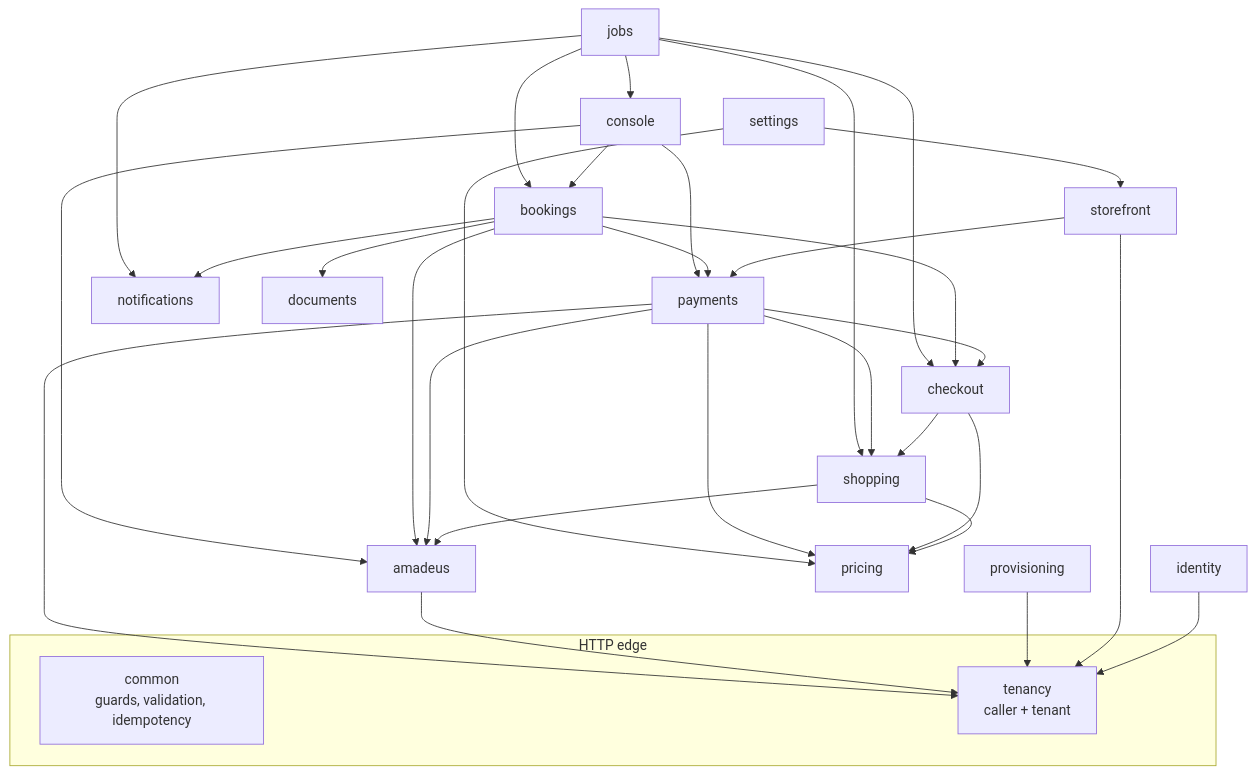
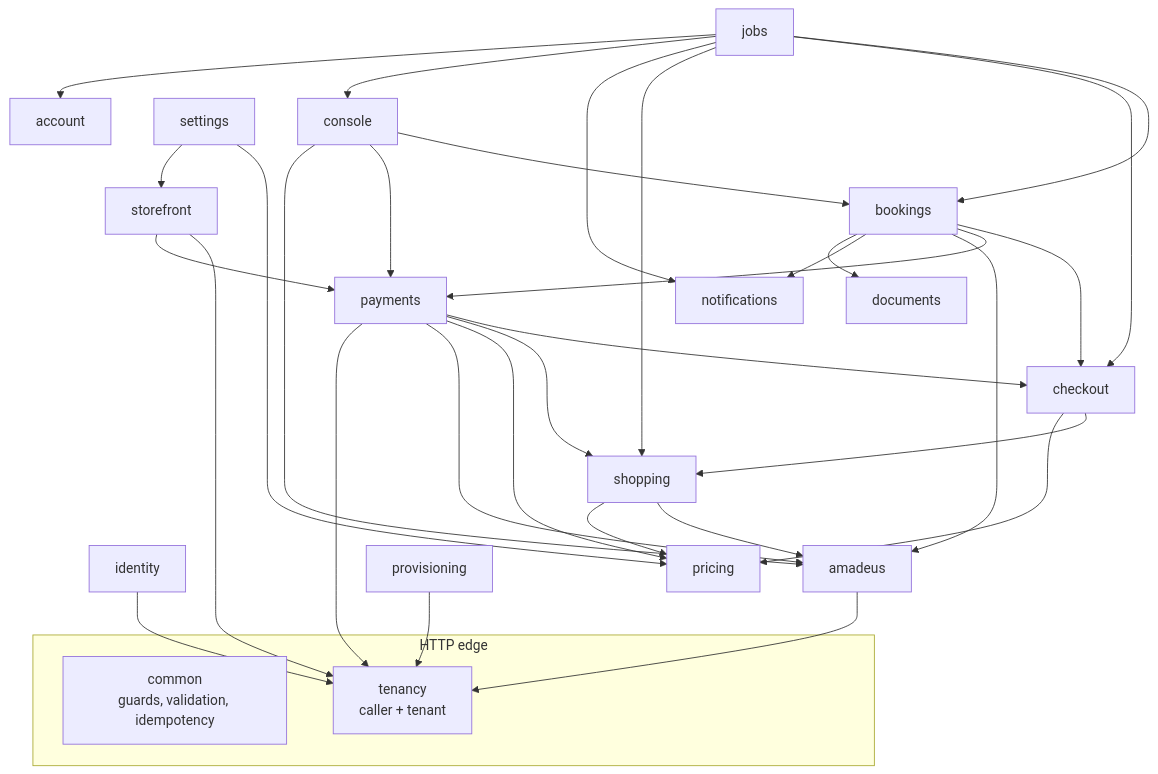
The diagram in ota/docs/architecture.md (bhagwati-prasad/velexis-ota), drawn with Mermaid before and after one commit. The commit also changed other lines of this file and 14 other files, not shown here.

````diff
--- a/ota/docs/architecture.md
+++ b/ota/docs/architecture.md
@@ -47,36 +47,37 @@
 ```mermaid
 flowchart TB
   subgraph http["HTTP edge"]
     common["common<br/>guards, validation, idempotency"]
     tenancy["tenancy<br/>caller + tenant"]
   end
   identity --> tenancy
   storefront --> tenancy
   storefront --> payments
   shopping --> amadeus
   shopping --> pricing
   checkout --> shopping
   checkout --> pricing
   payments --> checkout
   payments --> shopping
   payments --> pricing
   payments --> amadeus
   bookings --> checkout
   bookings --> payments
   bookings --> amadeus
   bookings --> notifications
   bookings --> documents
   console --> bookings
   console --> payments
   console --> amadeus
   settings --> pricing
   settings --> storefront
   jobs --> bookings
   jobs --> checkout
   jobs --> shopping
   jobs --> notifications
   jobs --> console
+  jobs --> account
   provisioning --> tenancy
   amadeus --> tenancy
   payments --> tenancy
 ```
````
